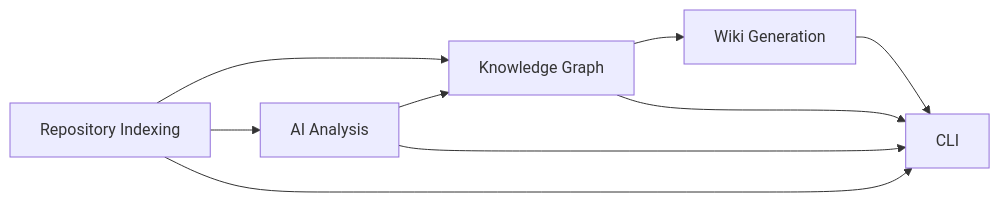
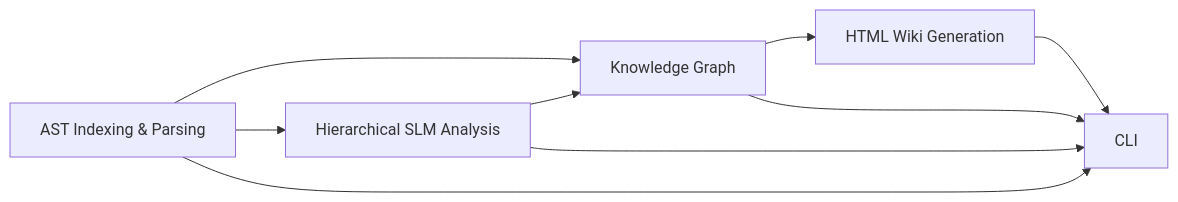
Before and after one commit to DarkKing335/Wiki-Generation: the diagram in docs/epics.md, drawn with Mermaid. The commit also changed other lines of this file and 12 other files, not shown here.

````diff
--- a/docs/epics.md
+++ b/docs/epics.md
@@ -131,11 +137,11 @@
 ```mermaid
 graph LR
-    E1[Repository Indexing] --> E2[Knowledge Graph]
-    E1 --> E3[AI Analysis]
+    E1[AST Indexing & Parsing] --> E2[Knowledge Graph]
+    E1 --> E3[Hierarchical SLM Analysis]
     E3 --> E2
-    E2 --> E4[Wiki Generation]
+    E2 --> E4[HTML Wiki Generation]
     E1 --> E5[CLI]
     E2 --> E5
     E3 --> E5
     E4 --> E5
 ```
````
